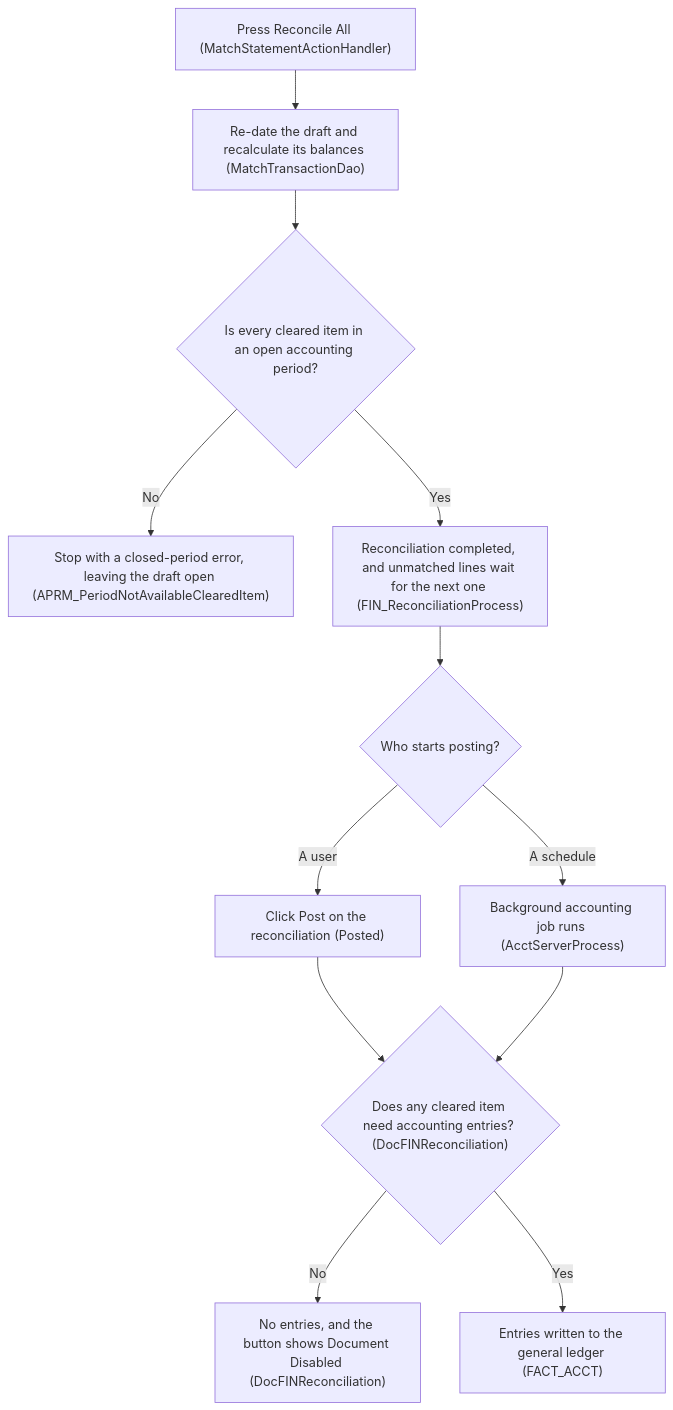
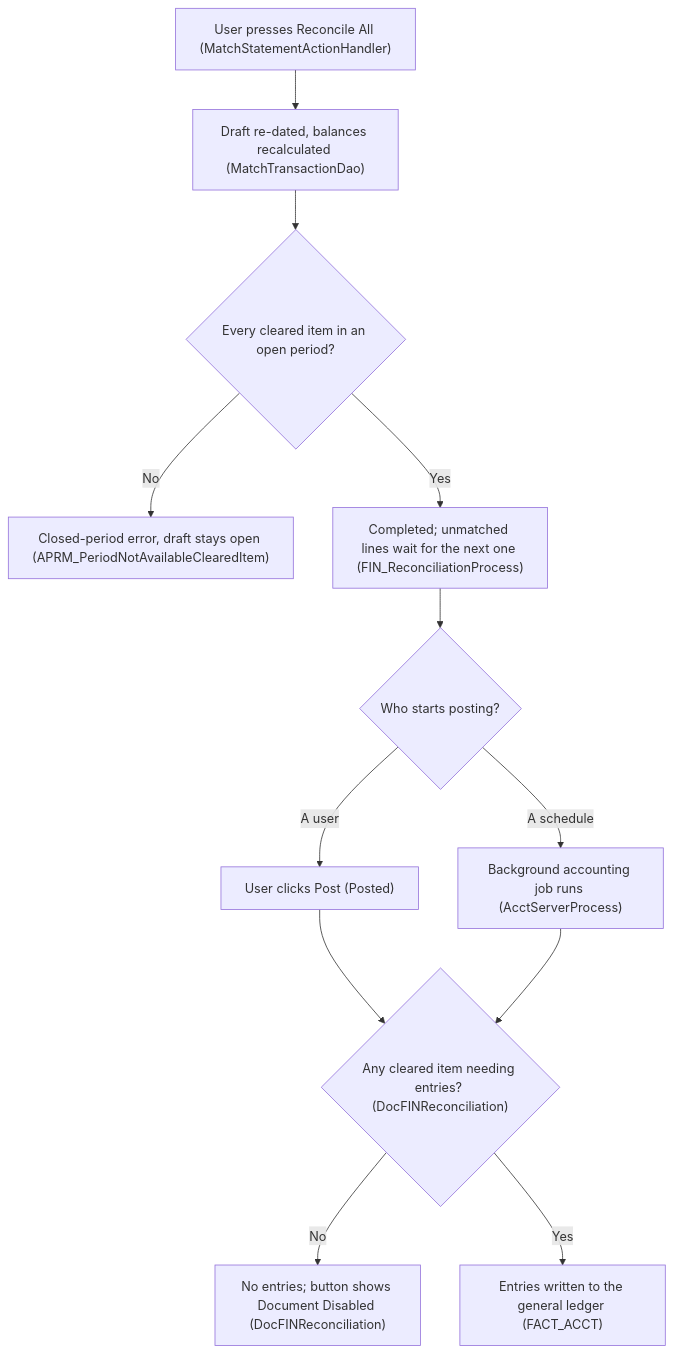
Before and after one commit to blitzy-public-samples/openbravo-erp: the third of 9 diagrams in docs/analysis/analysis-1-current-state-reconciliation.md, drawn with Mermaid. The commit also changed other lines of this file and 1 other file, not shown here.

````diff
--- a/docs/analysis/analysis-1-current-state-reconciliation.md
+++ b/docs/analysis/analysis-1-current-state-reconciliation.md
@@ -116,14 +116,14 @@
 ```mermaid
 flowchart TD
-    A["Press Reconcile All (MatchStatementActionHandler)"] --> B["Re-date the draft and recalculate its balances (MatchTransactionDao)"]
-    B --> C{"Is every cleared item in an open accounting period?"}
-    C -->|No| D["Stop with a closed-period error, leaving the draft open (APRM_PeriodNotAvailableClearedItem)"]
-    C -->|Yes| E["Reconciliation completed, and unmatched lines wait for the next one (FIN_ReconciliationProcess)"]
+    A["User presses Reconcile All (MatchStatementActionHandler)"] --> B["Draft re-dated, balances recalculated (MatchTransactionDao)"]
+    B --> C{"Every cleared item in an open period?"}
+    C -->|No| D["Closed-period error, draft stays open (APRM_PeriodNotAvailableClearedItem)"]
+    C -->|Yes| E["Completed; unmatched lines wait for the next one (FIN_ReconciliationProcess)"]
     E --> F{"Who starts posting?"}
-    F -->|A user| G["Click Post on the reconciliation (Posted)"]
+    F -->|A user| G["User clicks Post (Posted)"]
     F -->|A schedule| H["Background accounting job runs (AcctServerProcess)"]
-    G --> I{"Does any cleared item need accounting entries? (DocFINReconciliation)"}
+    G --> I{"Any cleared item needing entries? (DocFINReconciliation)"}
     H --> I
-    I -->|No| J["No entries, and the button shows Document Disabled (DocFINReconciliation)"]
+    I -->|No| J["No entries; button shows Document Disabled (DocFINReconciliation)"]
     I -->|Yes| K["Entries written to the general ledger (FACT_ACCT)"]
 ```
````
